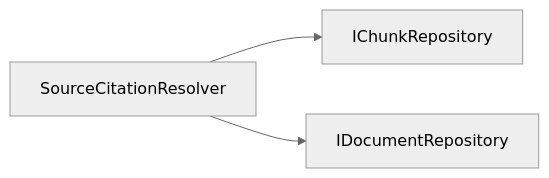
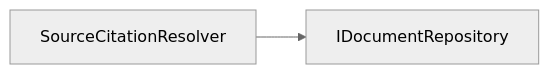
Diagram 11 of 12 in backend/docs/ports-dependencies.md (JulienRobberechts/argos), drawn with Mermaid (neutral theme) before and after one commit. The commit also changed other lines of this file, not shown here.

````diff
--- a/backend/docs/ports-dependencies.md
+++ b/backend/docs/ports-dependencies.md
@@ -85,5 +108,4 @@
 ```mermaid
 graph LR
-  SourceCitationResolver --> IChunkRepository
   SourceCitationResolver --> IDocumentRepository
 ```
````
